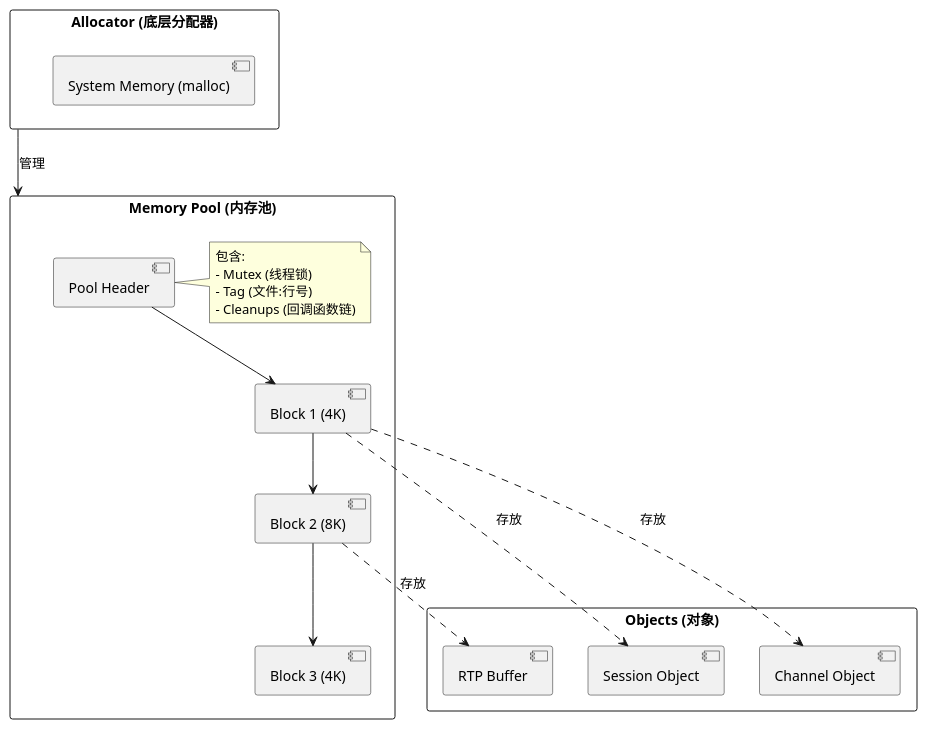
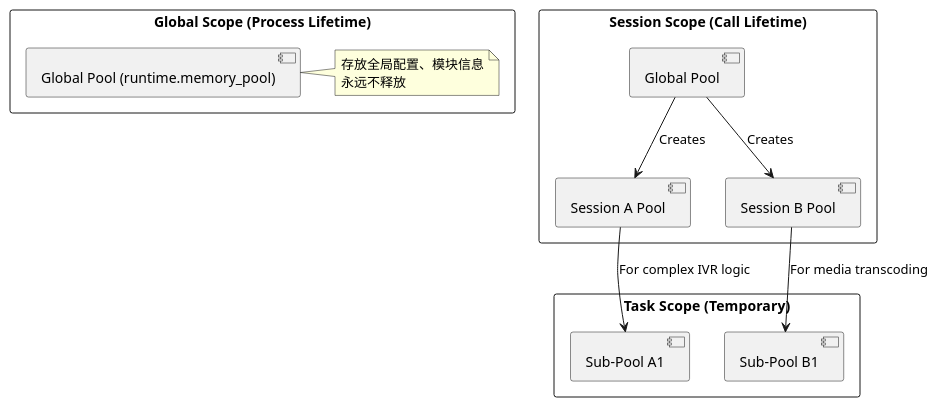
One commit to Atoms-Cat/freeswitch changed the diagram in document/draft/Memory Management.md. Above: the diagram before and after it, drawn with PlantUML. The commit also changed other lines of this file and 2 other files, not shown here.

````diff
--- a/document/draft/Memory Management.md
+++ b/document/draft/Memory Management.md
@@ -164,35 +45,27 @@
-```puml
+```plantuml
 @startuml
 skinparam packageStyle rectangle
 
-package "Allocator (底层分配器)" {
-    [System Memory (malloc)]
+package "Global Scope (Process Lifetime)" {
+    [Global Pool (runtime.memory_pool)]
+    note right: 存放全局配置、模块信息\n永远不释放
 }
 
-package "Memory Pool (内存池)" {
-    [Pool Header] --> [Block 1 (4K)]
-    [Block 1 (4K)] --> [Block 2 (8K)]
-    [Block 2 (8K)] --> [Block 3 (4K)]
+package "Session Scope (Call Lifetime)" {
+    [Session A Pool]
+    [Session B Pool]
     
-    note right of [Pool Header]
-      包含:
-      - Mutex (线程锁)
-      - Tag (文件:行号)
-      - Cleanups (回调函数链)
-    end note
+    [Global Pool] --> [Session A Pool] : Creates
+    [Global Pool] --> [Session B Pool] : Creates
 }
 
-[Allocator (底层分配器)] --> [Memory Pool (内存池)] : 管理
-
-package "Objects (对象)" {
-    [Session Object]
-    [Channel Object]
-    [RTP Buffer]
+package "Task Scope (Temporary)" {
+    [Sub-Pool A1]
+    [Sub-Pool B1]
+    
+    [Session A Pool] --> [Sub-Pool A1] : For complex IVR logic
+    [Session B Pool] --> [Sub-Pool B1] : For media transcoding
 }
-
-[Block 1 (4K)] ..> [Session Object] : 存放
-[Block 1 (4K)] ..> [Channel Object] : 存放
-[Block 2 (8K)] ..> [RTP Buffer] : 存放
 
 @enduml
 ```
````
